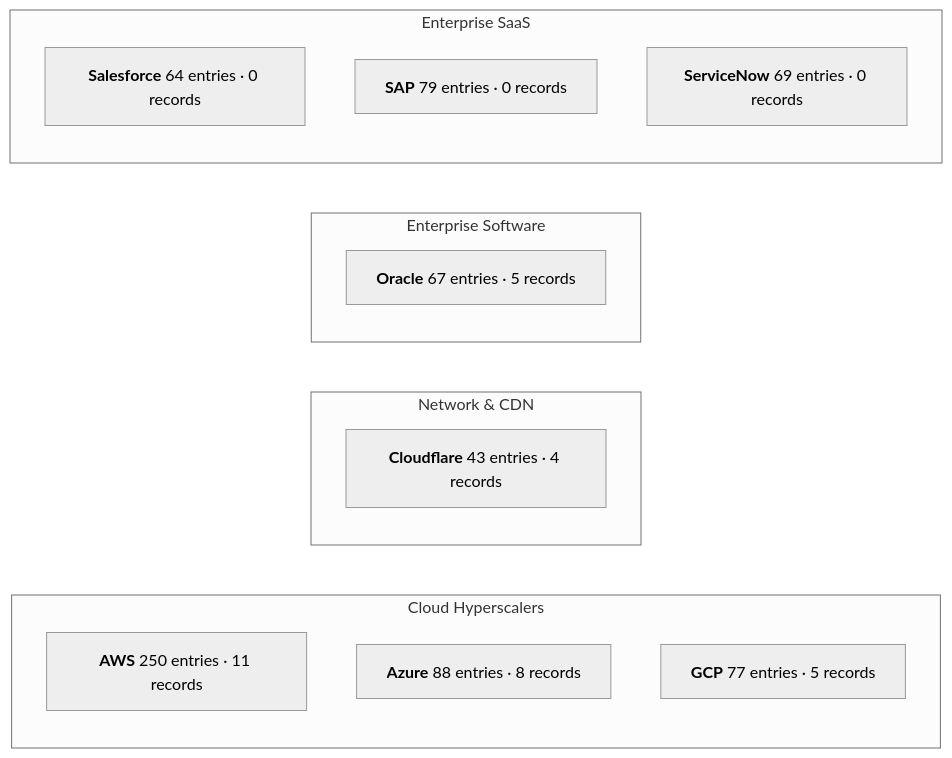
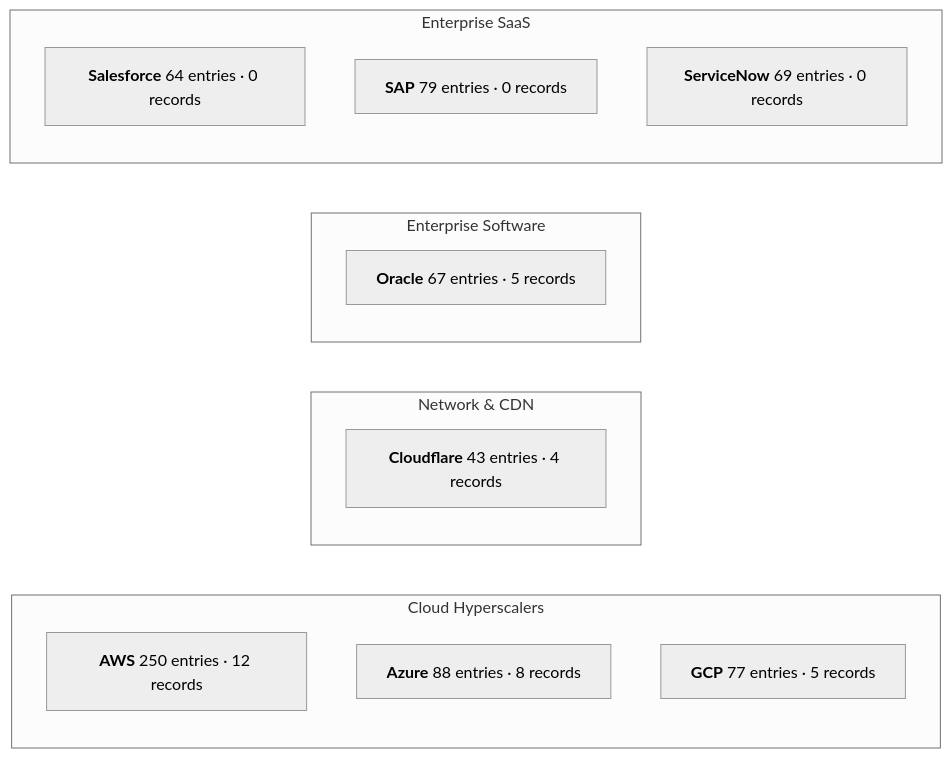
Before and after one commit to Vulnetix/ietf-crit-spec: the first of 8 diagrams in tests/reports/crit-test-report.md, drawn with Mermaid (neutral theme). The commit also changed other lines of this file and 19 other files, not shown here.

````diff
--- a/tests/reports/crit-test-report.md
+++ b/tests/reports/crit-test-report.md
@@ -38,19 +38,19 @@
 ```mermaid
 graph LR
     subgraph "Cloud Hyperscalers"
-        aws["<b>AWS</b> 250 entries · 11 records"]
+        aws["<b>AWS</b> 250 entries · 12 records"]
         azure["<b>Azure</b> 88 entries · 8 records"]
         gcp["<b>GCP</b> 77 entries · 5 records"]
     end
     subgraph "Network & CDN"
         cloudflare["<b>Cloudflare</b> 43 entries · 4 records"]
     end
     subgraph "Enterprise Software"
         oracle["<b>Oracle</b> 67 entries · 5 records"]
     end
     subgraph "Enterprise SaaS"
         salesforce["<b>Salesforce</b> 64 entries · 0 records"]
         sap["<b>SAP</b> 79 entries · 0 records"]
         servicenow["<b>ServiceNow</b> 69 entries · 0 records"]
     end
 ```
````
